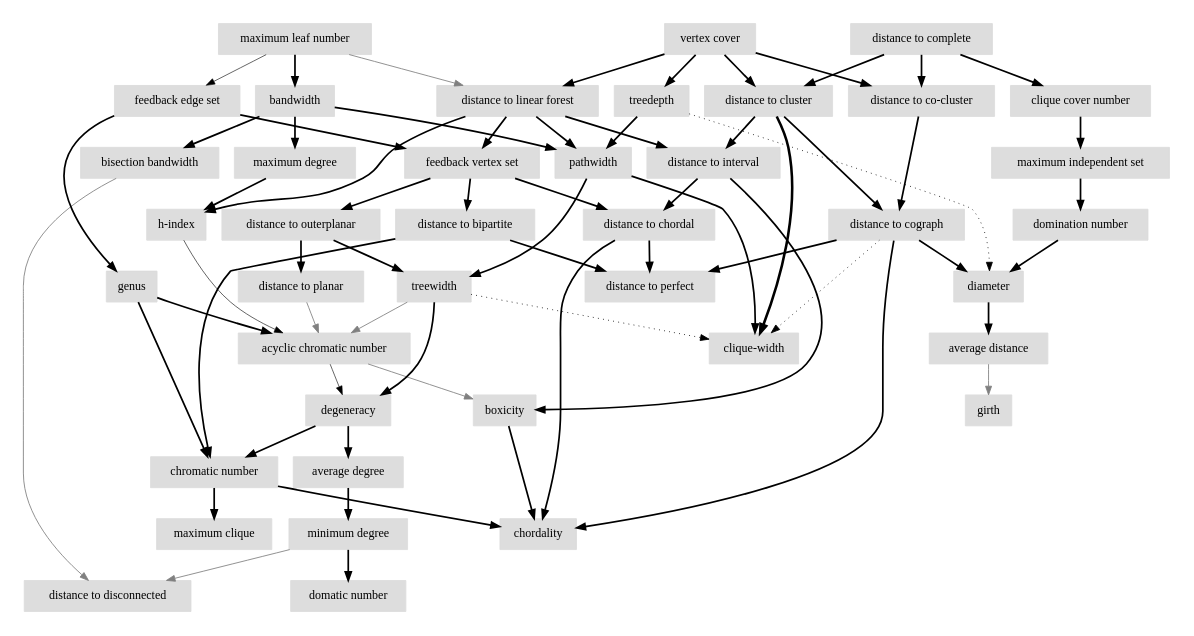
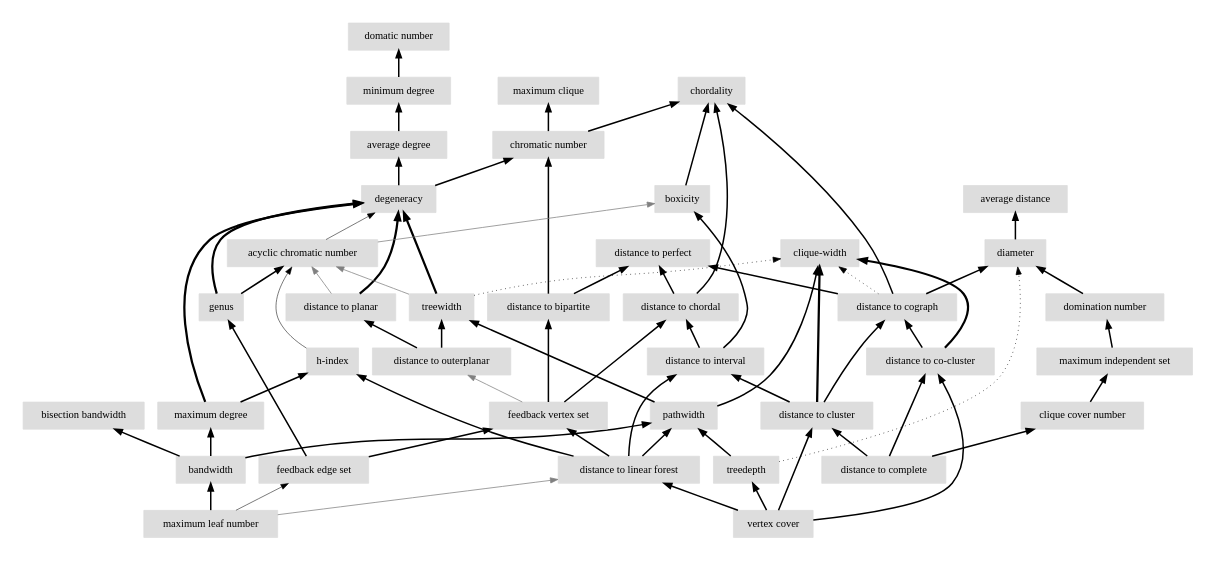
Before and after one commit to vaclavblazej/parameters: the diagram in content/drawing_DYGiYb_0.dot, drawn with Graphviz. The commit also changed 1013 other files, not shown here.

```diff
--- a/content/drawing_DYGiYb_0.dot
+++ b/content/drawing_DYGiYb_0.dot
@@ -1,110 +1,109 @@
 digraph drawing_DYGiYb_0 {
 	node [color=lightblue2 style=filled]
 	margin=0.04 size="6,6"
-	"n_yk7XP0" [label="distance to linear forest" URL="/parameters/html/yk7XP0" color="#dddddd" shape=box]
+	rankdir = BT
+	"n_1yW82F" [label="distance to bipartite" URL="/parameters/html/1yW82F" color="#dddddd" shape=box]
+	"n_BN92vX" [label="maximum leaf number" URL="/parameters/html/BN92vX" color="#dddddd" shape=box]
+	"n_KRV6tI" [label="domatic number" URL="/parameters/html/KRV6tI" color="#dddddd" shape=box]
+	"n_KEP2qM" [label="treedepth" URL="/parameters/html/KEP2qM" color="#dddddd" shape=box]
+	"n_VowkuW" [label="degeneracy" URL="/parameters/html/VowkuW" color="#dddddd" shape=box]
+	"n_q7zHeT" [label="maximum clique" URL="/parameters/html/q7zHeT" color="#dddddd" shape=box]
+	"n_AVc2K6" [label="distance to interval" URL="/parameters/html/AVc2K6" color="#dddddd" shape=box]
+	"n_hbfWwE" [label="distance to co-cluster" URL="/parameters/html/hbfWwE" color="#dddddd" shape=box]
+	"n_wUdmUb" [label="bisection bandwidth" URL="/parameters/html/wUdmUb" color="#dddddd" shape=box]
+	"n_MLJMRH" [label="distance to planar" URL="/parameters/html/MLJMRH" color="#dddddd" shape=box]
+	"n_z0y4TW" [label="average degree" URL="/parameters/html/z0y4TW" color="#dddddd" shape=box]
+	"n_w7MmyW" [label="chromatic number" URL="/parameters/html/w7MmyW" color="#dddddd" shape=box]
+	"n_VHClqR" [label="pathwidth" URL="/parameters/html/VHClqR" color="#dddddd" shape=box]
+	"n_GNTwUS" [label="h-index" URL="/parameters/html/GNTwUS" color="#dddddd" shape=box]
+	"n_fTqo40" [label="chordality" URL="/parameters/html/fTqo40" color="#dddddd" shape=box]
+	"n_aP5a38" [label="bandwidth" URL="/parameters/html/aP5a38" color="#dddddd" shape=box]
+	"n_4lp9Yj" [label="vertex cover" URL="/parameters/html/4lp9Yj" color="#dddddd" shape=box]
+	"n_p4bTjp" [label="diameter" URL="/parameters/html/p4bTjp" color="#dddddd" shape=box]
+	"n_VomShB" [label="clique cover number" URL="/parameters/html/VomShB" color="#dddddd" shape=box]
+	"n_HTk9PZ" [label="feedback edge set" URL="/parameters/html/HTk9PZ" color="#dddddd" shape=box]
+	"n_UyQ5yM" [label="maximum degree" URL="/parameters/html/UyQ5yM" color="#dddddd" shape=box]
+	"n_kJZKgd" [label="distance to perfect" URL="/parameters/html/kJZKgd" color="#dddddd" shape=box]
+	"n_lPHVWU" [label="distance to outerplanar" URL="/parameters/html/lPHVWU" color="#dddddd" shape=box]
+	"n_aXw3Co" [label="distance to cluster" URL="/parameters/html/aXw3Co" color="#dddddd" shape=box]
+	"n_uDXX2i" [label="distance to cograph" URL="/parameters/html/uDXX2i" color="#dddddd" shape=box]
+	"n_Gq0onN" [label="domination number" URL="/parameters/html/Gq0onN" color="#dddddd" shape=box]
+	"n_5Q7fuR" [label="treewidth" URL="/parameters/html/5Q7fuR" color="#dddddd" shape=box]
 	"n_GPmOeT" [label="minimum degree" URL="/parameters/html/GPmOeT" color="#dddddd" shape=box]
 	"n_QGZuUW" [label="acyclic chromatic number" URL="/parameters/html/QGZuUW" color="#dddddd" shape=box]
-	"n_BN92vX" [label="maximum leaf number" URL="/parameters/html/BN92vX" color="#dddddd" shape=box]
-	"n_aXw3Co" [label="distance to cluster" URL="/parameters/html/aXw3Co" color="#dddddd" shape=box]
+	"n_zH8PpT" [label="average distance" URL="/parameters/html/zH8PpT" color="#dddddd" shape=box]
+	"n_OdZQna" [label="distance to chordal" URL="/parameters/html/OdZQna" color="#dddddd" shape=box]
 	"n_wg5HuV" [label="clique-width" URL="/parameters/html/wg5HuV" color="#dddddd" shape=box]
-	"n_wUdmUb" [label="bisection bandwidth" URL="/parameters/html/wUdmUb" color="#dddddd" shape=box]
-	"n_BCwUeT" [label="girth" URL="/parameters/html/BCwUeT" color="#dddddd" shape=box]
-	"n_5Q7fuR" [label="treewidth" URL="/parameters/html/5Q7fuR" color="#dddddd" shape=box]
-	"n_UyQ5yM" [label="maximum degree" URL="/parameters/html/UyQ5yM" color="#dddddd" shape=box]
-	"n_VomShB" [label="clique cover number" URL="/parameters/html/VomShB" color="#dddddd" shape=box]
-	"n_AVc2K6" [label="distance to interval" URL="/parameters/html/AVc2K6" color="#dddddd" shape=box]
-	"n_1yW82F" [label="distance to bipartite" URL="/parameters/html/1yW82F" color="#dddddd" shape=box]
-	"n_VowkuW" [label="degeneracy" URL="/parameters/html/VowkuW" color="#dddddd" shape=box]
+	"n_GNOiyB" [label="feedback vertex set" URL="/parameters/html/GNOiyB" color="#dddddd" shape=box]
+	"n_yk7XP0" [label="distance to linear forest" URL="/parameters/html/yk7XP0" color="#dddddd" shape=box]
+	"n_mHtXUU" [label="maximum independent set" URL="/parameters/html/mHtXUU" color="#dddddd" shape=box]
 	"n_a7MpiT" [label="boxicity" URL="/parameters/html/a7MpiT" color="#dddddd" shape=box]
-	"n_Gq0onN" [label="domination number" URL="/parameters/html/Gq0onN" color="#dddddd" shape=box]
-	"n_w7MmyW" [label="chromatic number" URL="/parameters/html/w7MmyW" color="#dddddd" shape=box]
-	"n_fTqo40" [label="chordality" URL="/parameters/html/fTqo40" color="#dddddd" shape=box]
+	"n_2LDMQ6" [label="distance to complete" URL="/parameters/html/2LDMQ6" color="#dddddd" shape=box]
 	"n_gbaHdw" [label="genus" URL="/parameters/html/gbaHdw" color="#dddddd" shape=box]
-	"n_p4bTjp" [label="diameter" URL="/parameters/html/p4bTjp" color="#dddddd" shape=box]
-	"n_MLJMRH" [label="distance to planar" URL="/parameters/html/MLJMRH" color="#dddddd" shape=box]
-	"n_kJZKgd" [label="distance to perfect" URL="/parameters/html/kJZKgd" color="#dddddd" shape=box]
-	"n_GNOiyB" [label="feedback vertex set" URL="/parameters/html/GNOiyB" color="#dddddd" shape=box]
-	"n_KRV6tI" [label="domatic number" URL="/parameters/html/KRV6tI" color="#dddddd" shape=box]
-	"n_uDXX2i" [label="distance to cograph" URL="/parameters/html/uDXX2i" color="#dddddd" shape=box]
-	"n_KEP2qM" [label="treedepth" URL="/parameters/html/KEP2qM" color="#dddddd" shape=box]
-	"n_VHClqR" [label="pathwidth" URL="/parameters/html/VHClqR" color="#dddddd" shape=box]
-	"n_2LDMQ6" [label="distance to complete" URL="/parameters/html/2LDMQ6" color="#dddddd" shape=box]
-	"n_HTk9PZ" [label="feedback edge set" URL="/parameters/html/HTk9PZ" color="#dddddd" shape=box]
-	"n_OdZQna" [label="distance to chordal" URL="/parameters/html/OdZQna" color="#dddddd" shape=box]
-	"n_lPHVWU" [label="distance to outerplanar" URL="/parameters/html/lPHVWU" color="#dddddd" shape=box]
-	"n_4lp9Yj" [label="vertex cover" URL="/parameters/html/4lp9Yj" color="#dddddd" shape=box]
-	"n_z0y4TW" [label="average degree" URL="/parameters/html/z0y4TW" color="#dddddd" shape=box]
-	"n_zH8PpT" [label="average distance" URL="/parameters/html/zH8PpT" color="#dddddd" shape=box]
-	"n_hbfWwE" [label="distance to co-cluster" URL="/parameters/html/hbfWwE" color="#dddddd" shape=box]
-	"n_GNTwUS" [label="h-index" URL="/parameters/html/GNTwUS" color="#dddddd" shape=box]
-	"n_aP5a38" [label="bandwidth" URL="/parameters/html/aP5a38" color="#dddddd" shape=box]
-	"n_ZL7BOP" [label="distance to disconnected" URL="/parameters/html/ZL7BOP" color="#dddddd" shape=box]
-	"n_q7zHeT" [label="maximum clique" URL="/parameters/html/q7zHeT" color="#dddddd" shape=box]
-	"n_mHtXUU" [label="maximum independent set" URL="/parameters/html/mHtXUU" color="#dddddd" shape=box]
+	"n_lPHVWU" -> "n_5Q7fuR" [label="" decorate=true lblstyle="above, sloped" weight="100" penwidth="2.0"]
+	"n_2LDMQ6" -> "n_aXw3Co" [label="" decorate=true lblstyle="above, sloped" weight="100" penwidth="2.0"]
+	"n_BN92vX" -> "n_HTk9PZ" [label="" decorate=true lblstyle="above, sloped" weight="20" penwidth="0.7"]
+	"n_4lp9Yj" -> "n_aXw3Co" [label="" decorate=true lblstyle="above, sloped" weight="100" penwidth="2.0"]
+	"n_yk7XP0" -> "n_AVc2K6" [label="" decorate=true lblstyle="above, sloped" weight="100" penwidth="2.0"]
+	"n_QGZuUW" -> "n_VowkuW" [label="" decorate=true lblstyle="above, sloped" weight="20" penwidth="0.7"]
+	"n_gbaHdw" -> "n_QGZuUW" [label="" decorate=true lblstyle="above, sloped" weight="100" penwidth="2.0"]
+	"n_1yW82F" -> "n_w7MmyW" [label="" decorate=true lblstyle="above, sloped" weight="100" penwidth="2.0"]
+	"n_aXw3Co" -> "n_wg5HuV" [label="" decorate=true lblstyle="above, sloped" weight="100" penwidth="3.0"]
+	"n_HTk9PZ" -> "n_gbaHdw" [label="" decorate=true lblstyle="above, sloped" weight="100" penwidth="2.0"]
+	"n_4lp9Yj" -> "n_yk7XP0" [label="" decorate=true lblstyle="above, sloped" weight="100" penwidth="2.0"]
+	"n_2LDMQ6" -> "n_VomShB" [label="" decorate=true lblstyle="above, sloped" weight="100" penwidth="2.0"]
+	"n_GNTwUS" -> "n_QGZuUW" [label="" decorate=true lblstyle="above, sloped" weight="20" penwidth="0.7"]
+	"n_UyQ5yM" -> "n_VowkuW" [label="" decorate=true lblstyle="above, sloped" weight="100" penwidth="3.0"]
+	"n_BN92vX" -> "n_yk7XP0" [label="" decorate=true lblstyle="above, sloped" color="gray" weight="1"]
+	"n_VHClqR" -> "n_5Q7fuR" [label="" decorate=true lblstyle="above, sloped" weight="100" penwidth="2.0"]
+	"n_aXw3Co" -> "n_AVc2K6" [label="" decorate=true lblstyle="above, sloped" weight="100" penwidth="2.0"]
+	"n_uDXX2i" -> "n_kJZKgd" [label="" decorate=true lblstyle="above, sloped" weight="100" penwidth="2.0"]
+	"n_GPmOeT" -> "n_KRV6tI" [label="" decorate=true lblstyle="above, sloped" weight="100" penwidth="2.0"]
+	"n_mHtXUU" -> "n_Gq0onN" [label="" decorate=true lblstyle="above, sloped" weight="100" penwidth="2.0"]
+	"n_AVc2K6" -> "n_a7MpiT" [label="" decorate=true lblstyle="above, sloped" weight="100" penwidth="2.0"]
+	"n_aXw3Co" -> "n_uDXX2i" [label="" decorate=true lblstyle="above, sloped" weight="100" penwidth="2.0"]
+	"n_aP5a38" -> "n_UyQ5yM" [label="" decorate=true lblstyle="above, sloped" weight="100" penwidth="2.0"]
+	"n_OdZQna" -> "n_kJZKgd" [label="" decorate=true lblstyle="above, sloped" weight="100" penwidth="2.0"]
+	"n_z0y4TW" -> "n_GPmOeT" [label="" decorate=true lblstyle="above, sloped" weight="100" penwidth="2.0"]
+	"n_yk7XP0" -> "n_GNOiyB" [label="" decorate=true lblstyle="above, sloped" weight="100" penwidth="2.0"]
+	"n_AVc2K6" -> "n_OdZQna" [label="" decorate=true lblstyle="above, sloped" weight="100" penwidth="2.0"]
+	"n_uDXX2i" -> "n_wg5HuV" [label="" decorate=true lblstyle="above, sloped" style="dotted" weight="1" penwidth="1.0"]
+	"n_KEP2qM" -> "n_p4bTjp" [label="" decorate=true lblstyle="above, sloped" style="dotted" weight="1" penwidth="1.0"]
+	"n_hbfWwE" -> "n_uDXX2i" [label="" decorate=true lblstyle="above, sloped" weight="100" penwidth="2.0"]
+	"n_yk7XP0" -> "n_GNTwUS" [label="" decorate=true lblstyle="above, sloped" weight="100" penwidth="2.0"]
+	"n_p4bTjp" -> "n_zH8PpT" [label="" decorate=true lblstyle="above, sloped" weight="100" penwidth="2.0"]
+	"n_a7MpiT" -> "n_fTqo40" [label="" decorate=true lblstyle="above, sloped" weight="100" penwidth="2.0"]
+	"n_VHClqR" -> "n_wg5HuV" [label="" decorate=true lblstyle="above, sloped" weight="100" penwidth="2.0"]
+	"n_GNOiyB" -> "n_1yW82F" [label="" decorate=true lblstyle="above, sloped" weight="100" penwidth="2.0"]
+	"n_Gq0onN" -> "n_p4bTjp" [label="" decorate=true lblstyle="above, sloped" weight="100" penwidth="2.0"]
+	"n_4lp9Yj" -> "n_hbfWwE" [label="" decorate=true lblstyle="above, sloped" weight="100" penwidth="2.0"]
+	"n_lPHVWU" -> "n_MLJMRH" [label="" decorate=true lblstyle="above, sloped" weight="100" penwidth="2.0"]
+	"n_yk7XP0" -> "n_VHClqR" [label="" decorate=true lblstyle="above, sloped" weight="100" penwidth="2.0"]
+	"n_HTk9PZ" -> "n_GNOiyB" [label="" decorate=true lblstyle="above, sloped" weight="100" penwidth="2.0"]
 	"n_w7MmyW" -> "n_q7zHeT" [label="" decorate=true lblstyle="above, sloped" weight="100" penwidth="2.0"]
-	"n_GNTwUS" -> "n_QGZuUW" [label="" decorate=true lblstyle="above, sloped" weight="20" penwidth="0.7"]
-	"n_4lp9Yj" -> "n_hbfWwE" [label="" decorate=true lblstyle="above, sloped" weight="100" penwidth="2.0"]
-	"n_wUdmUb" -> "n_ZL7BOP" [label="" decorate=true lblstyle="above, sloped" color="gray" weight="1"]
-	"n_OdZQna" -> "n_kJZKgd" [label="" decorate=true lblstyle="above, sloped" weight="100" penwidth="2.0"]
-	"n_AVc2K6" -> "n_OdZQna" [label="" decorate=true lblstyle="above, sloped" weight="100" penwidth="2.0"]
-	"n_2LDMQ6" -> "n_aXw3Co" [label="" decorate=true lblstyle="above, sloped" weight="100" penwidth="2.0"]
-	"n_gbaHdw" -> "n_QGZuUW" [label="" decorate=true lblstyle="above, sloped" weight="100" penwidth="2.0"]
-	"n_Gq0onN" -> "n_p4bTjp" [label="" decorate=true lblstyle="above, sloped" weight="100" penwidth="2.0"]
-	"n_5Q7fuR" -> "n_VowkuW" [label="" decorate=true lblstyle="above, sloped" weight="100" penwidth="2.0"]
-	"n_KEP2qM" -> "n_p4bTjp" [label="" decorate=true lblstyle="above, sloped" style="dotted" weight="1" penwidth="1.0"]
-	"n_HTk9PZ" -> "n_gbaHdw" [label="" decorate=true lblstyle="above, sloped" weight="100" penwidth="2.0"]
-	"n_gbaHdw" -> "n_w7MmyW" [label="" decorate=true lblstyle="above, sloped" weight="100" penwidth="2.0"]
-	"n_yk7XP0" -> "n_GNOiyB" [label="" decorate=true lblstyle="above, sloped" weight="100" penwidth="2.0"]
-	"n_QGZuUW" -> "n_VowkuW" [label="" decorate=true lblstyle="above, sloped" weight="20" penwidth="0.7"]
+	"n_uDXX2i" -> "n_p4bTjp" [label="" decorate=true lblstyle="above, sloped" weight="100" penwidth="2.0"]
+	"n_OdZQna" -> "n_fTqo40" [label="" decorate=true lblstyle="above, sloped" weight="100" penwidth="2.0"]
+	"n_QGZuUW" -> "n_a7MpiT" [label="" decorate=true lblstyle="above, sloped" color="gray" weight="1"]
 	"n_KEP2qM" -> "n_VHClqR" [label="" decorate=true lblstyle="above, sloped" weight="100" penwidth="2.0"]
-	"n_GPmOeT" -> "n_KRV6tI" [label="" decorate=true lblstyle="above, sloped" weight="100" penwidth="2.0"]
+	"n_5Q7fuR" -> "n_VowkuW" [label="" decorate=true lblstyle="above, sloped" weight="100" penwidth="3.0"]
+	"n_GNOiyB" -> "n_lPHVWU" [label="" decorate=true lblstyle="above, sloped" color="gray" weight="1"]
+	"n_UyQ5yM" -> "n_GNTwUS" [label="" decorate=true lblstyle="above, sloped" weight="100" penwidth="2.0"]
+	"n_MLJMRH" -> "n_QGZuUW" [label="" decorate=true lblstyle="above, sloped" color="gray" weight="1"]
+	"n_5Q7fuR" -> "n_QGZuUW" [label="" decorate=true lblstyle="above, sloped" color="gray" weight="1"]
+	"n_gbaHdw" -> "n_VowkuW" [label="" decorate=true lblstyle="above, sloped" weight="100" penwidth="3.0"]
+	"n_aP5a38" -> "n_VHClqR" [label="" decorate=true lblstyle="above, sloped" weight="100" penwidth="2.0"]
+	"n_4lp9Yj" -> "n_KEP2qM" [label="" decorate=true lblstyle="above, sloped" weight="100" penwidth="2.0"]
 	"n_aP5a38" -> "n_wUdmUb" [label="" decorate=true lblstyle="above, sloped" weight="100" penwidth="2.0"]
-	"n_yk7XP0" -> "n_AVc2K6" [label="" decorate=true lblstyle="above, sloped" weight="100" penwidth="2.0"]
-	"n_GNOiyB" -> "n_lPHVWU" [label="" decorate=true lblstyle="above, sloped" weight="100" penwidth="2.0"]
-	"n_5Q7fuR" -> "n_QGZuUW" [label="" decorate=true lblstyle="above, sloped" color="gray" weight="1"]
-	"n_aP5a38" -> "n_VHClqR" [label="" decorate=true lblstyle="above, sloped" weight="100" penwidth="2.0"]
-	"n_uDXX2i" -> "n_kJZKgd" [label="" decorate=true lblstyle="above, sloped" weight="100" penwidth="2.0"]
+	"n_VowkuW" -> "n_w7MmyW" [label="" decorate=true lblstyle="above, sloped" weight="100" penwidth="2.0"]
+	"n_GNOiyB" -> "n_OdZQna" [label="" decorate=true lblstyle="above, sloped" weight="100" penwidth="2.0"]
+	"n_2LDMQ6" -> "n_hbfWwE" [label="" decorate=true lblstyle="above, sloped" weight="100" penwidth="2.0"]
+	"n_uDXX2i" -> "n_fTqo40" [label="" decorate=true lblstyle="above, sloped" weight="100" penwidth="2.0"]
 	"n_w7MmyW" -> "n_fTqo40" [label="" decorate=true lblstyle="above, sloped" weight="100" penwidth="2.0"]
-	"n_VowkuW" -> "n_w7MmyW" [label="" decorate=true lblstyle="above, sloped" weight="100" penwidth="2.0"]
-	"n_BN92vX" -> "n_HTk9PZ" [label="" decorate=true lblstyle="above, sloped" weight="20" penwidth="0.7"]
-	"n_GNOiyB" -> "n_OdZQna" [label="" decorate=true lblstyle="above, sloped" weight="100" penwidth="2.0"]
-	"n_hbfWwE" -> "n_uDXX2i" [label="" decorate=true lblstyle="above, sloped" weight="100" penwidth="2.0"]
-	"n_GPmOeT" -> "n_ZL7BOP" [label="" decorate=true lblstyle="above, sloped" color="gray" weight="1"]
+	"n_hbfWwE" -> "n_wg5HuV" [label="" decorate=true lblstyle="above, sloped" weight="100" penwidth="3.0"]
+	"n_VomShB" -> "n_mHtXUU" [label="" decorate=true lblstyle="above, sloped" weight="100" penwidth="2.0"]
+	"n_5Q7fuR" -> "n_wg5HuV" [label="" decorate=true lblstyle="above, sloped" style="dotted" weight="1" penwidth="1.0"]
+	"n_VowkuW" -> "n_z0y4TW" [label="" decorate=true lblstyle="above, sloped" weight="100" penwidth="2.0"]
+	"n_MLJMRH" -> "n_VowkuW" [label="" decorate=true lblstyle="above, sloped" weight="100" penwidth="3.0"]
+	"n_1yW82F" -> "n_kJZKgd" [label="" decorate=true lblstyle="above, sloped" weight="100" penwidth="2.0"]
 	"n_BN92vX" -> "n_aP5a38" [label="" decorate=true lblstyle="above, sloped" weight="100" penwidth="2.0"]
-	"n_lPHVWU" -> "n_MLJMRH" [label="" decorate=true lblstyle="above, sloped" weight="100" penwidth="2.0"]
-	"n_uDXX2i" -> "n_wg5HuV" [label="" decorate=true lblstyle="above, sloped" style="dotted" weight="1" penwidth="1.0"]
-	"n_VowkuW" -> "n_z0y4TW" [label="" decorate=true lblstyle="above, sloped" weight="100" penwidth="2.0"]
-	"n_yk7XP0" -> "n_GNTwUS" [label="" decorate=true lblstyle="above, sloped" weight="100" penwidth="2.0"]
-	"n_1yW82F" -> "n_w7MmyW" [label="" decorate=true lblstyle="above, sloped" weight="100" penwidth="2.0"]
-	"n_VHClqR" -> "n_5Q7fuR" [label="" decorate=true lblstyle="above, sloped" weight="100" penwidth="2.0"]
-	"n_a7MpiT" -> "n_fTqo40" [label="" decorate=true lblstyle="above, sloped" weight="100" penwidth="2.0"]
-	"n_mHtXUU" -> "n_Gq0onN" [label="" decorate=true lblstyle="above, sloped" weight="100" penwidth="2.0"]
-	"n_aP5a38" -> "n_UyQ5yM" [label="" decorate=true lblstyle="above, sloped" weight="100" penwidth="2.0"]
-	"n_lPHVWU" -> "n_5Q7fuR" [label="" decorate=true lblstyle="above, sloped" weight="100" penwidth="2.0"]
-	"n_aXw3Co" -> "n_AVc2K6" [label="" decorate=true lblstyle="above, sloped" weight="100" penwidth="2.0"]
-	"n_z0y4TW" -> "n_GPmOeT" [label="" decorate=true lblstyle="above, sloped" weight="100" penwidth="2.0"]
-	"n_UyQ5yM" -> "n_GNTwUS" [label="" decorate=true lblstyle="above, sloped" weight="100" penwidth="2.0"]
-	"n_zH8PpT" -> "n_BCwUeT" [label="" decorate=true lblstyle="above, sloped" color="gray" weight="1"]
-	"n_AVc2K6" -> "n_a7MpiT" [label="" decorate=true lblstyle="above, sloped" weight="100" penwidth="2.0"]
-	"n_yk7XP0" -> "n_VHClqR" [label="" decorate=true lblstyle="above, sloped" weight="100" penwidth="2.0"]
-	"n_4lp9Yj" -> "n_KEP2qM" [label="" decorate=true lblstyle="above, sloped" weight="100" penwidth="2.0"]
-	"n_HTk9PZ" -> "n_GNOiyB" [label="" decorate=true lblstyle="above, sloped" weight="100" penwidth="2.0"]
-	"n_VHClqR" -> "n_wg5HuV" [label="" decorate=true lblstyle="above, sloped" weight="100" penwidth="2.0"]
-	"n_2LDMQ6" -> "n_VomShB" [label="" decorate=true lblstyle="above, sloped" weight="100" penwidth="2.0"]
-	"n_p4bTjp" -> "n_zH8PpT" [label="" decorate=true lblstyle="above, sloped" weight="100" penwidth="2.0"]
-	"n_VomShB" -> "n_mHtXUU" [label="" decorate=true lblstyle="above, sloped" weight="100" penwidth="2.0"]
-	"n_aXw3Co" -> "n_uDXX2i" [label="" decorate=true lblstyle="above, sloped" weight="100" penwidth="2.0"]
-	"n_4lp9Yj" -> "n_aXw3Co" [label="" decorate=true lblstyle="above, sloped" weight="100" penwidth="2.0"]
-	"n_uDXX2i" -> "n_p4bTjp" [label="" decorate=true lblstyle="above, sloped" weight="100" penwidth="2.0"]
-	"n_BN92vX" -> "n_yk7XP0" [label="" decorate=true lblstyle="above, sloped" color="gray" weight="1"]
-	"n_QGZuUW" -> "n_a7MpiT" [label="" decorate=true lblstyle="above, sloped" color="gray" weight="1"]
-	"n_MLJMRH" -> "n_QGZuUW" [label="" decorate=true lblstyle="above, sloped" color="gray" weight="1"]
-	"n_GNOiyB" -> "n_1yW82F" [label="" decorate=true lblstyle="above, sloped" weight="100" penwidth="2.0"]
-	"n_5Q7fuR" -> "n_wg5HuV" [label="" decorate=true lblstyle="above, sloped" style="dotted" weight="1" penwidth="1.0"]
-	"n_2LDMQ6" -> "n_hbfWwE" [label="" decorate=true lblstyle="above, sloped" weight="100" penwidth="2.0"]
-	"n_1yW82F" -> "n_kJZKgd" [label="" decorate=true lblstyle="above, sloped" weight="100" penwidth="2.0"]
-	"n_uDXX2i" -> "n_fTqo40" [label="" decorate=true lblstyle="above, sloped" weight="100" penwidth="2.0"]
-	"n_OdZQna" -> "n_fTqo40" [label="" decorate=true lblstyle="above, sloped" weight="100" penwidth="2.0"]
-	"n_4lp9Yj" -> "n_yk7XP0" [label="" decorate=true lblstyle="above, sloped" weight="100" penwidth="2.0"]
-	"n_aXw3Co" -> "n_wg5HuV" [label="" decorate=true lblstyle="above, sloped" weight="100" penwidth="3.0"]
 }
```
